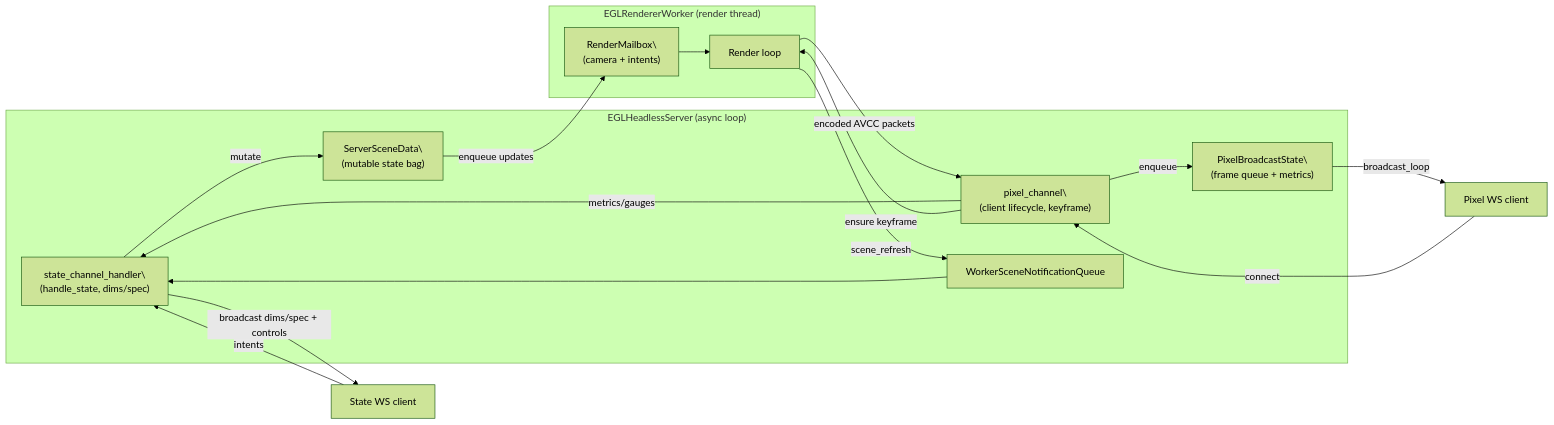
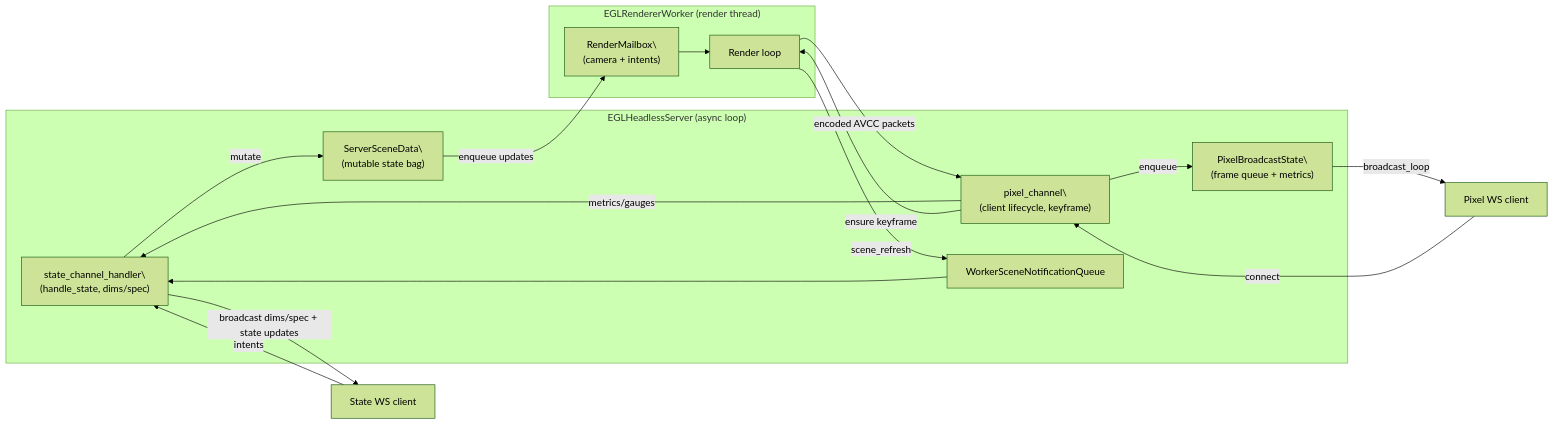
The diagram in docs/server_architecture.md (kirjner/napari-cuda), drawn with Mermaid (forest theme) before and after one commit. The commit also changed other lines of this file and 14 other files, not shown here.

````diff
--- a/docs/server_architecture.md
+++ b/docs/server_architecture.md
@@ -108,33 +108,33 @@
 ```mermaid
 graph LR
     subgraph AsyncLoop["EGLHeadlessServer (async loop)"]
         SSC["state_channel_handler\\n(handle_state, dims/spec)"]
         PCH["pixel_channel\\n(client lifecycle, keyframe)"]
         SceneBag["ServerSceneData\\n(mutable state bag)"]
         PixelBag["PixelBroadcastState\\n(frame queue + metrics)"]
         WQueue["WorkerSceneNotificationQueue"]
     end
 
     subgraph WorkerThread["EGLRendererWorker (render thread)"]
         Worker["Render loop"]
         SceneQueue["RenderMailbox\\n(camera + intents)"]
     end
 
     StateClient["State WS client"]
     PixelClient["Pixel WS client"]
 
     StateClient -->|intents| SSC
     SSC -->|mutate| SceneBag
-    SSC -->|broadcast dims/spec + controls| StateClient
+    SSC -->|broadcast dims/spec + state updates| StateClient
     SceneBag -->|enqueue updates| SceneQueue
     SceneQueue --> Worker
     Worker -->|scene_refresh| WQueue
     WQueue --> SSC
 
     PixelClient -->|connect| PCH
     PCH -->|metrics/gauges| SSC
     Worker -->|encoded AVCC packets| PCH
     PCH -->|enqueue| PixelBag
     PixelBag -->|broadcast_loop| PixelClient
     PCH -->|ensure keyframe| Worker
 ```
````
